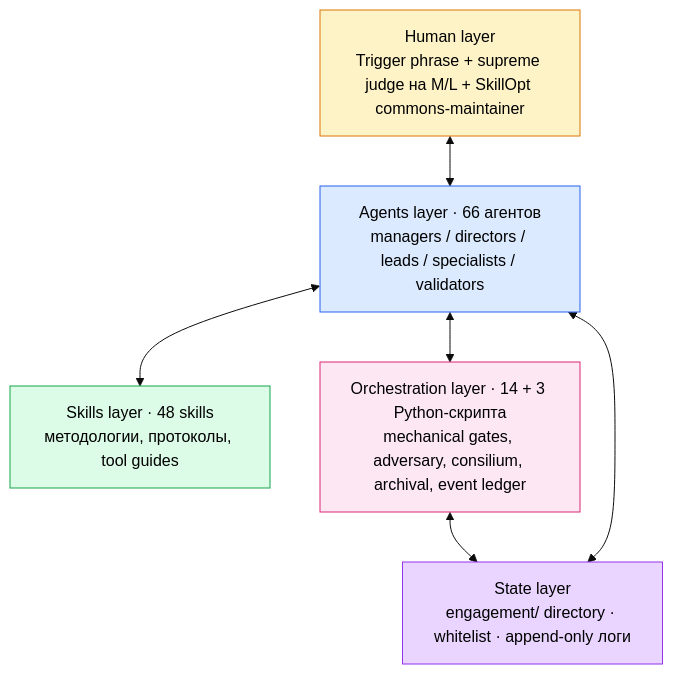
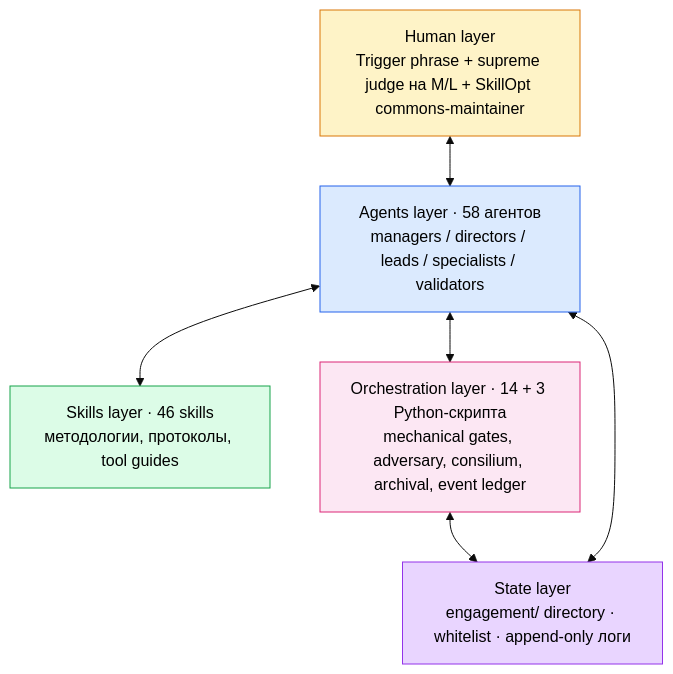
Before and after one commit to AgentShekel/agentic-workflow: the first of 2 diagrams in README.ru.md, drawn with Mermaid (base theme). The commit also changed other lines of this file and 96 other files, not shown here.

````diff
--- a/README.ru.md
+++ b/README.ru.md
@@ -70,26 +80,26 @@
 ```mermaid
 flowchart TB
     H["Human layer<br/>Trigger phrase + supreme judge на M/L + SkillOpt commons-maintainer"]
-    A["Agents layer · 66 агентов<br/>managers / directors / leads / specialists / validators"]
-    S["Skills layer · 48 skills<br/>методологии, протоколы, tool guides"]
+    A["Agents layer · 58 агентов<br/>managers / directors / leads / specialists / validators"]
+    S["Skills layer · 46 skills<br/>методологии, протоколы, tool guides"]
     O["Orchestration layer · 14 + 3 Python-скрипта<br/>mechanical gates, adversary, consilium, archival, event ledger"]
     St["State layer<br/>engagement/ directory · whitelist · append-only логи"]
 
     H <--> A
     A <--> S
     A <--> O
     O <--> St
     A <--> St
 
     classDef human fill:#fef3c7,stroke:#d97706,color:#000
     classDef agents fill:#dbeafe,stroke:#2563eb,color:#000
     classDef skills fill:#dcfce7,stroke:#16a34a,color:#000
     classDef orch fill:#fce7f3,stroke:#db2777,color:#000
     classDef state fill:#e9d5ff,stroke:#9333ea,color:#000
 
     class H human
     class A agents
     class S skills
     class O orch
     class St state
 ```
````
